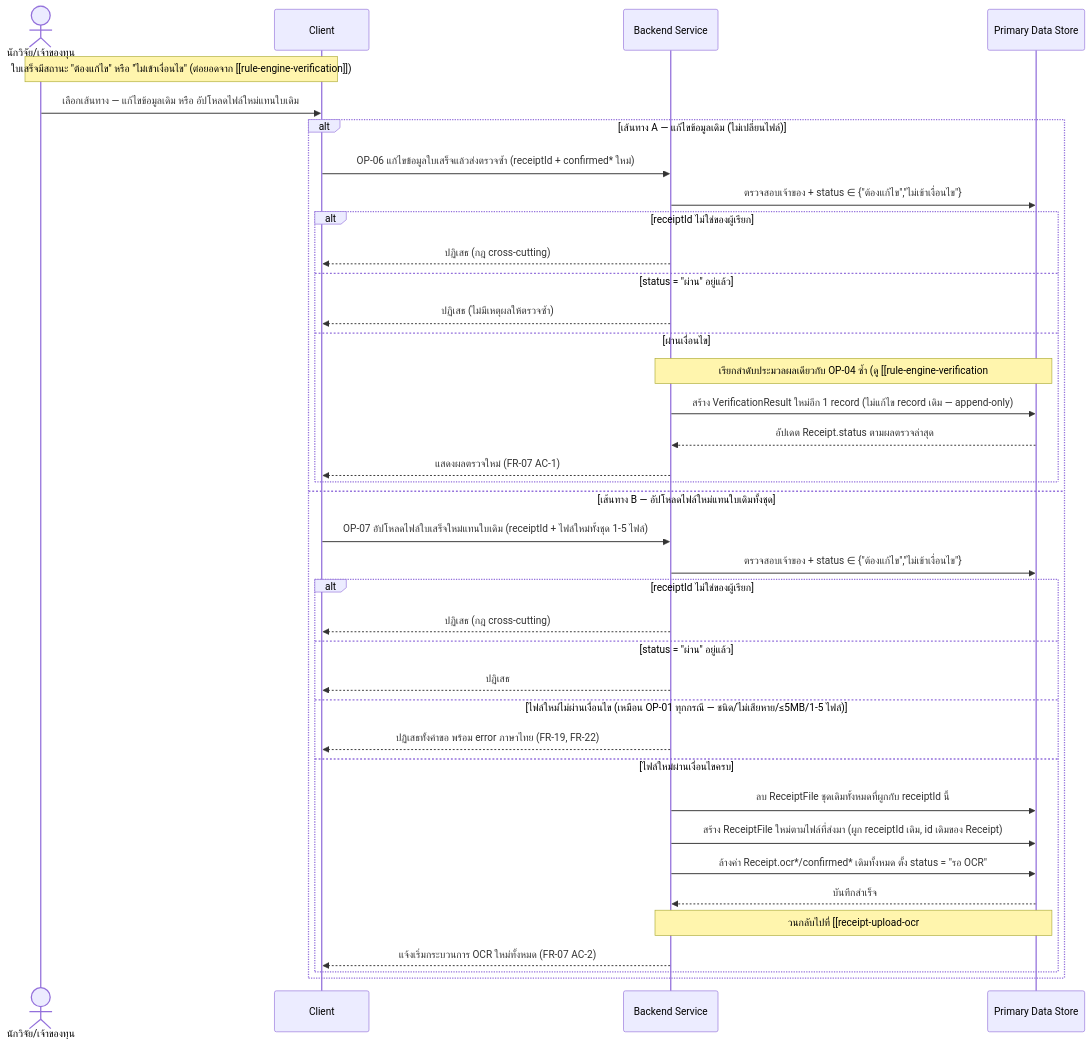
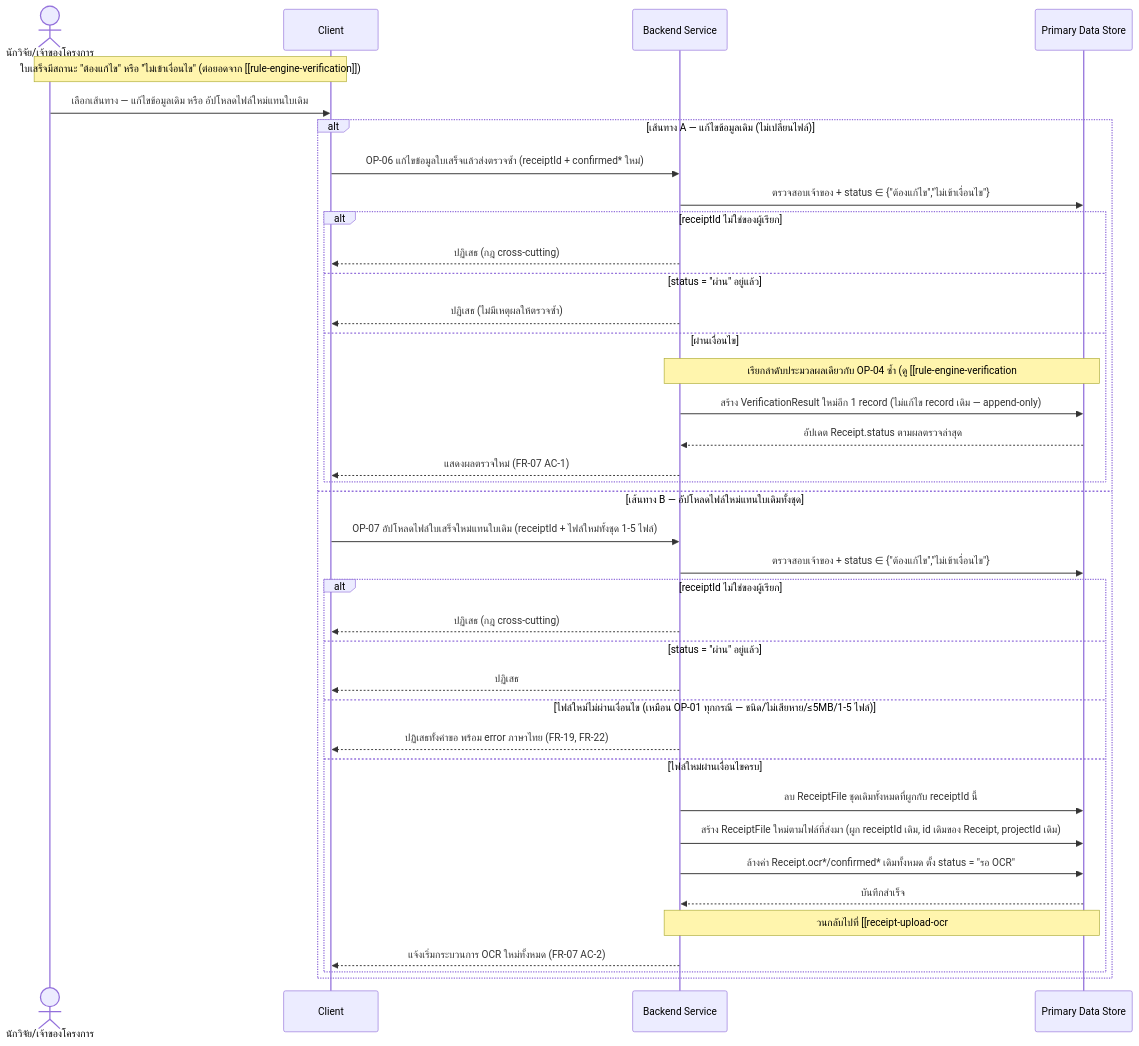
One commit to ptrsswnr/Grant-Receipt-Assistant changed the first of 2 diagrams in docs/02-design/02-technical/detailed-design/resubmit-failed-receipt.md. Above: the diagram before and after it, drawn with Mermaid. The commit also changed other lines of this file and 18 other files, not shown here.

````diff
--- a/docs/02-design/02-technical/detailed-design/resubmit-failed-receipt.md
+++ b/docs/02-design/02-technical/detailed-design/resubmit-failed-receipt.md
@@ -28,41 +33,41 @@
 ```mermaid
 sequenceDiagram
-    actor R as นักวิจัย/เจ้าของทุน
+    actor R as นักวิจัย/เจ้าของโครงการ
     participant C as Client
     participant B as Backend Service
     participant DS as Primary Data Store
 
     Note over R,C: ใบเสร็จมีสถานะ "ต้องแก้ไข" หรือ "ไม่เข้าเงื่อนไข" (ต่อยอดจาก [[rule-engine-verification]])
     R->>C: เลือกเส้นทาง — แก้ไขข้อมูลเดิม หรือ อัปโหลดไฟล์ใหม่แทนใบเดิม
     alt เส้นทาง A — แก้ไขข้อมูลเดิม (ไม่เปลี่ยนไฟล์)
         C->>B: OP-06 แก้ไขข้อมูลใบเสร็จแล้วส่งตรวจซ้ำ (receiptId + confirmed* ใหม่)
         B->>DS: ตรวจสอบเจ้าของ + status ∈ {"ต้องแก้ไข","ไม่เข้าเงื่อนไข"}
         alt receiptId ไม่ใช่ของผู้เรียก
             B-->>C: ปฏิเสธ (กฎ cross-cutting)
         else status = "ผ่าน" อยู่แล้ว
             B-->>C: ปฏิเสธ (ไม่มีเหตุผลให้ตรวจซ้ำ)
         else ผ่านเงื่อนไข
             Note over B,DS: เรียกลำดับประมวลผลเดียวกับ OP-04 ซ้ำ (ดู [[rule-engine-verification#2. Sequence Diagram|rule-engine-verification]])
             B->>DS: สร้าง VerificationResult ใหม่อีก 1 record (ไม่แก้ไข record เดิม — append-only)
             DS-->>B: อัปเดต Receipt.status ตามผลตรวจล่าสุด
             B-->>C: แสดงผลตรวจใหม่ (FR-07 AC-1)
         end
     else เส้นทาง B — อัปโหลดไฟล์ใหม่แทนใบเดิมทั้งชุด
         C->>B: OP-07 อัปโหลดไฟล์ใบเสร็จใหม่แทนใบเดิม (receiptId + ไฟล์ใหม่ทั้งชุด 1-5 ไฟล์)
         B->>DS: ตรวจสอบเจ้าของ + status ∈ {"ต้องแก้ไข","ไม่เข้าเงื่อนไข"}
         alt receiptId ไม่ใช่ของผู้เรียก
             B-->>C: ปฏิเสธ (กฎ cross-cutting)
         else status = "ผ่าน" อยู่แล้ว
             B-->>C: ปฏิเสธ
         else ไฟล์ใหม่ไม่ผ่านเงื่อนไข (เหมือน OP-01 ทุกกรณี — ชนิด/ไม่เสียหาย/≤5MB/1-5 ไฟล์)
             B-->>C: ปฏิเสธทั้งคำขอ พร้อม error ภาษาไทย (FR-19, FR-22)
         else ไฟล์ใหม่ผ่านเงื่อนไขครบ
             B->>DS: ลบ ReceiptFile ชุดเดิมทั้งหมดที่ผูกกับ receiptId นี้
-            B->>DS: สร้าง ReceiptFile ใหม่ตามไฟล์ที่ส่งมา (ผูก receiptId เดิม, id เดิมของ Receipt)
+            B->>DS: สร้าง ReceiptFile ใหม่ตามไฟล์ที่ส่งมา (ผูก receiptId เดิม, id เดิมของ Receipt, projectId เดิม)
             B->>DS: ล้างค่า Receipt.ocr*/confirmed* เดิมทั้งหมด ตั้ง status = "รอ OCR"
             DS-->>B: บันทึกสำเร็จ
             Note over B,DS: วนกลับไปที่ [[receipt-upload-ocr#2. Sequence Diagram|receipt-upload-ocr — ขั้นตอน OP-02]] ต่อโดยอัตโนมัติ
             B-->>C: แจ้งเริ่มกระบวนการ OCR ใหม่ทั้งหมด (FR-07 AC-2)
         end
     end
 ```
````
